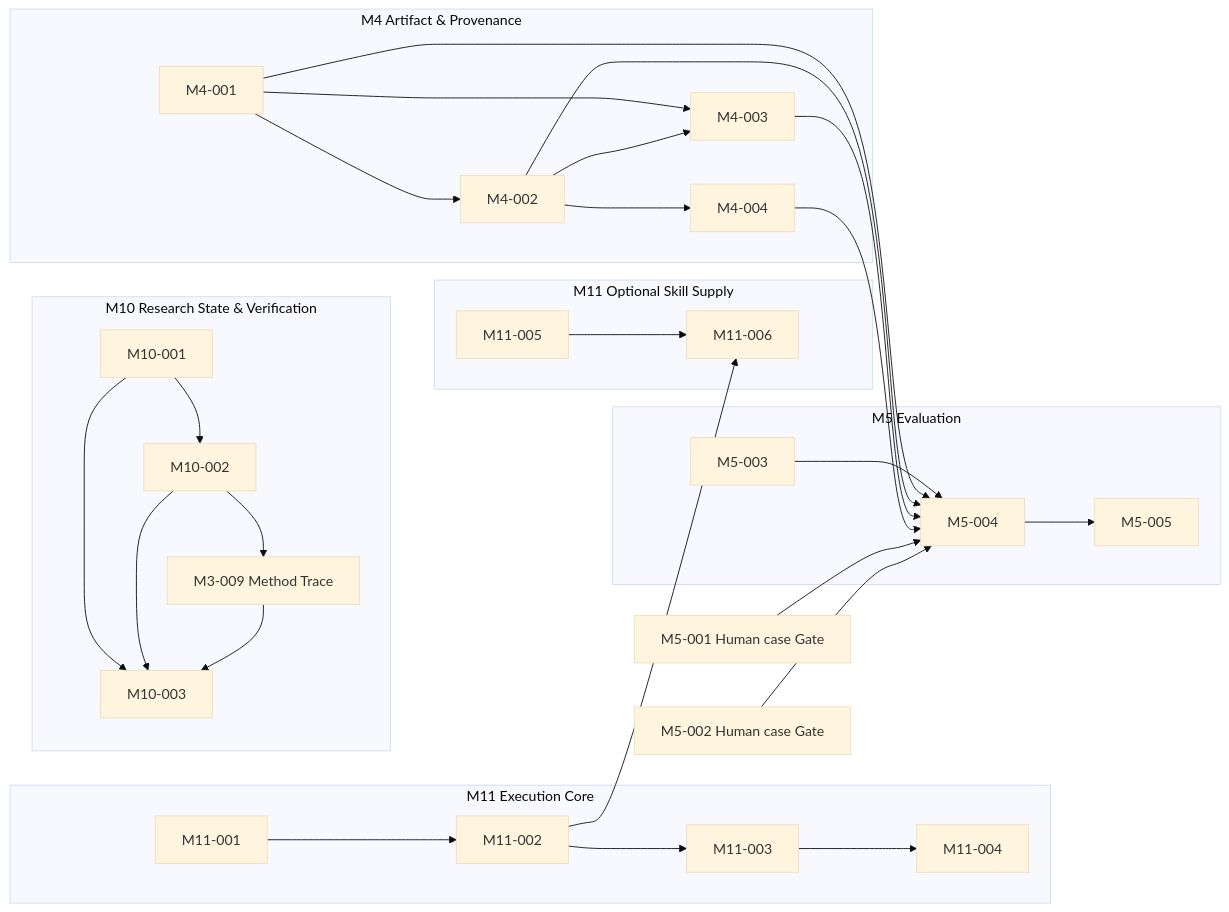
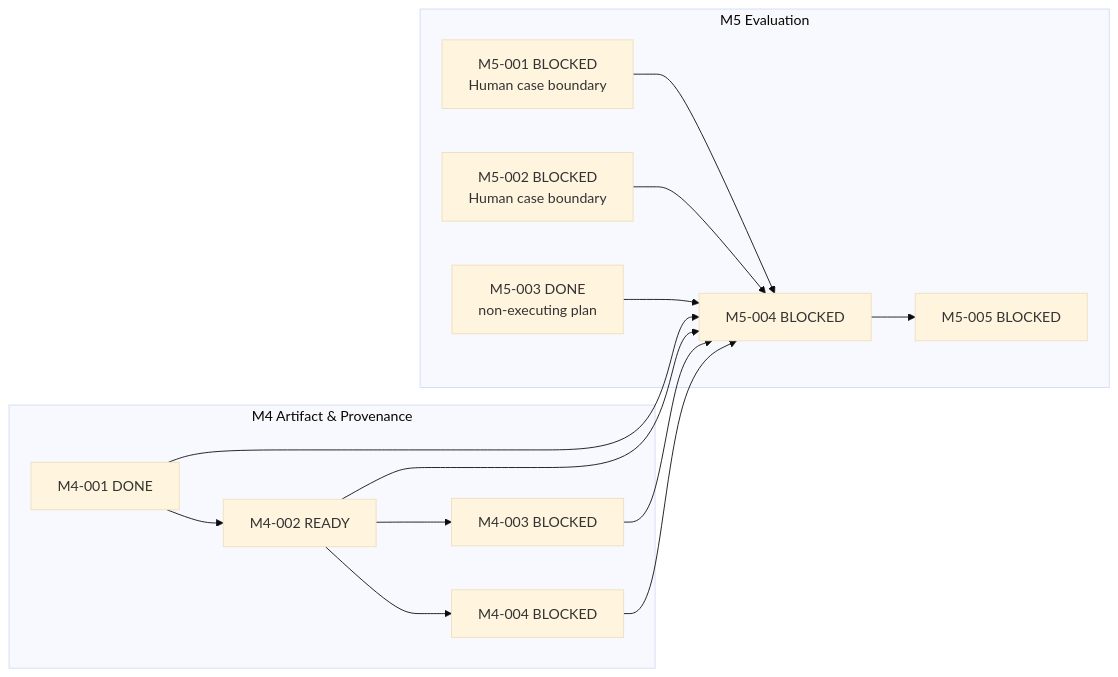
The third of 4 diagrams in docs/M_SERIES_IMPLEMENTATION_MAP.md (Chengyue-Lu/research-agent-workbench), drawn with Mermaid (base theme) before and after one commit. The commit also changed other lines of this file and 43 other files, not shown here.

Commit message:
docs: align post-integration architecture and task truth

````diff
--- a/docs/M_SERIES_IMPLEMENTATION_MAP.md
+++ b/docs/M_SERIES_IMPLEMENTATION_MAP.md
@@ -70,39 +92,20 @@
 ```mermaid
 flowchart LR
     subgraph M4["M4 Artifact & Provenance"]
-        M4001["M4-001"] --> M4002["M4-002"]
-        M4001 --> M4003["M4-003"]
-        M4002 --> M4003
-        M4002 --> M4004["M4-004"]
-    end
-
-    subgraph M10["M10 Research State & Verification"]
-        M1001["M10-001"] --> M1002["M10-002"]
-        M1002 --> M3009["M3-009 Method Trace"]
-        M1001 --> M1003["M10-003"]
-        M1002 --> M1003
-        M3009 --> M1003["M10-003"]
-    end
-
-    subgraph M11Core["M11 Execution Core"]
-        M1101["M11-001"] --> M1102["M11-002"]
-        M1102 --> M1103["M11-003"]
-        M1103 --> M1104["M11-004"]
-    end
-
-    subgraph M11Skill["M11 Optional Skill Supply"]
-        M1105["M11-005"] --> M1106["M11-006"]
-        M1102 --> M1106
+        M4001["M4-001 DONE"] --> M4002["M4-002 READY"]
+        M4002 --> M4003["M4-003 BLOCKED"]
+        M4002 --> M4004["M4-004 BLOCKED"]
     end
 
     subgraph M5["M5 Evaluation"]
-        M5003["M5-003"] --> M5004["M5-004"] --> M5005["M5-005"]
+        M5001["M5-001 BLOCKED<br/>Human case boundary"] --> M5004["M5-004 BLOCKED"]
+        M5002["M5-002 BLOCKED<br/>Human case boundary"] --> M5004
+        M5003["M5-003 DONE<br/>non-executing plan"] --> M5004
+        M5004 --> M5005["M5-005 BLOCKED"]
     end
 
     M4001 --> M5004
     M4002 --> M5004
     M4003 --> M5004
     M4004 --> M5004
-    M5001["M5-001 Human case Gate"] --> M5004
-    M5002["M5-002 Human case Gate"] --> M5004
 ```
````
